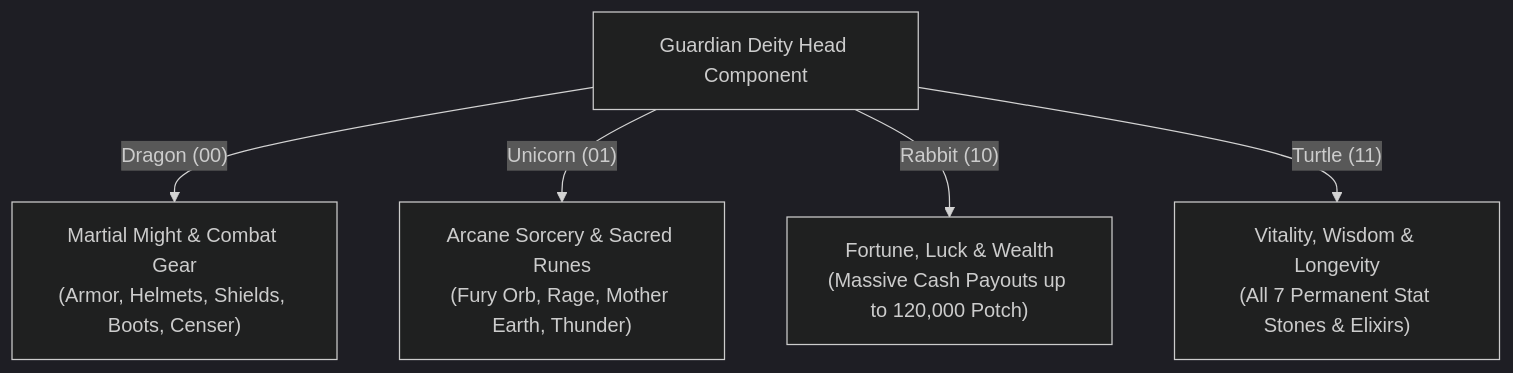
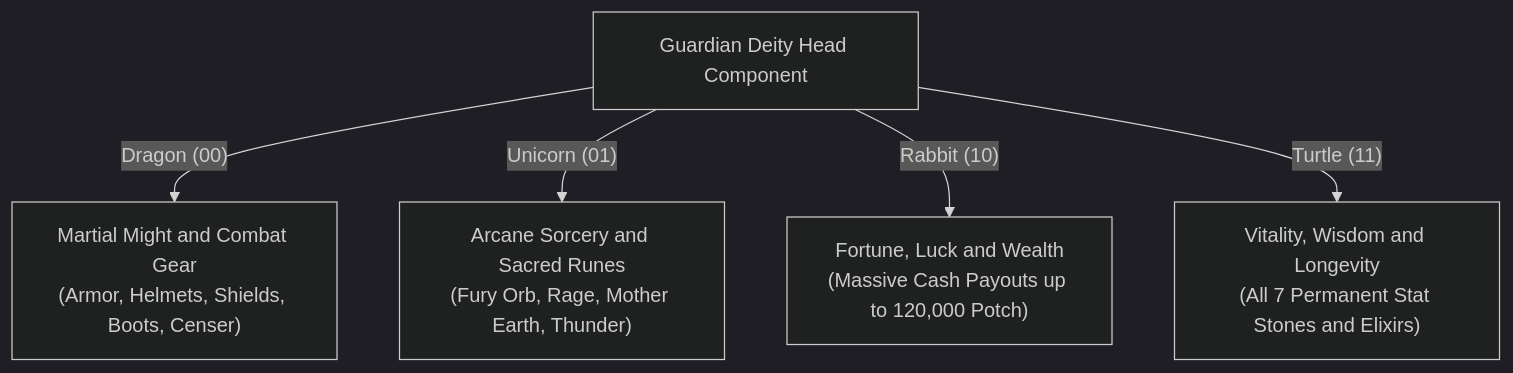
One commit to faospark/PKCore changed the diagram in Documentation/guardian_deity_statues_complete_guide.md. Above: the diagram before and after it, drawn with Mermaid (dark theme). The commit also changed 7 other files, not shown here.

````diff
--- a/Documentation/guardian_deity_statues_complete_guide.md
+++ b/Documentation/guardian_deity_statues_complete_guide.md
@@ -122,8 +122,8 @@
 ```mermaid
 flowchart TD
     Head["Guardian Deity Head Component"]
-    Head -->|"Dragon (00)"| Dragon["Martial Might & Combat Gear<br/>(Armor, Helmets, Shields, Boots, Censer)"]
-    Head -->|"Unicorn (01)"| Unicorn["Arcane Sorcery & Sacred Runes<br/>(Fury Orb, Rage, Mother Earth, Thunder)"]
-    Head -->|"Rabbit (10)"| Rabbit["Fortune, Luck & Wealth<br/>(Massive Cash Payouts up to 120,000 Potch)"]
-    Head -->|"Turtle (11)"| Turtle["Vitality, Wisdom & Longevity<br/>(All 7 Permanent Stat Stones & Elixirs)"]
+    Head -->|"Dragon (00)"| Dragon["Martial Might and Combat Gear<br/>(Armor, Helmets, Shields, Boots, Censer)"]
+    Head -->|"Unicorn (01)"| Unicorn["Arcane Sorcery and Sacred Runes<br/>(Fury Orb, Rage, Mother Earth, Thunder)"]
+    Head -->|"Rabbit (10)"| Rabbit["Fortune, Luck and Wealth<br/>(Massive Cash Payouts up to 120,000 Potch)"]
+    Head -->|"Turtle (11)"| Turtle["Vitality, Wisdom and Longevity<br/>(All 7 Permanent Stat Stones and Elixirs)"]
 ```
````
